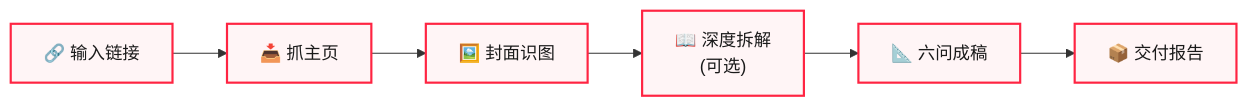
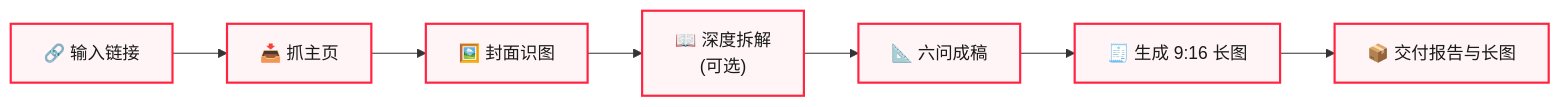
Before and after one commit to chenjin-cmd/xhs-account-teardown: the diagram in README.md, drawn with Mermaid. The commit also changed other lines of this file and 3 other files, not shown here.

````diff
--- a/README.md
+++ b/README.md
@@ -107,10 +109,11 @@
 ```mermaid
 flowchart LR
   A["🔗 输入链接"] --> B["📥 抓主页"]
   B --> C["🖼️ 封面识图"]
   C --> D["📖 深度拆解<br/>(可选)"]
   D --> E["📐 六问成稿"]
-  E --> F["📦 交付报告"]
+  E --> F["🧾 生成 9:16 长图"]
+  F --> G["📦 交付报告与长图"]
   classDef r fill:#fff5f6,stroke:#FF2442,stroke-width:2px,color:#1a1a1a;
-  class A,B,C,D,E,F r;
+  class A,B,C,D,E,F,G r;
 ```
````
